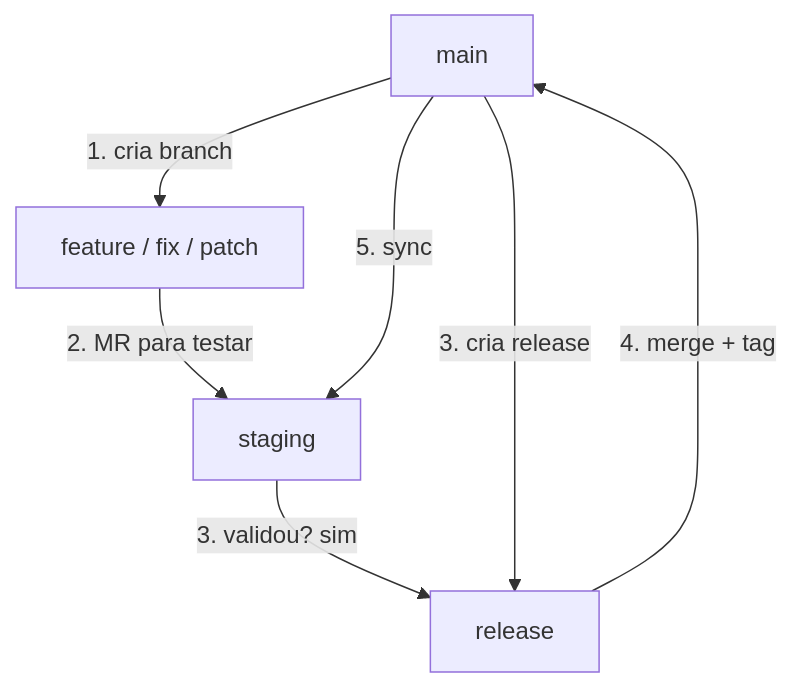
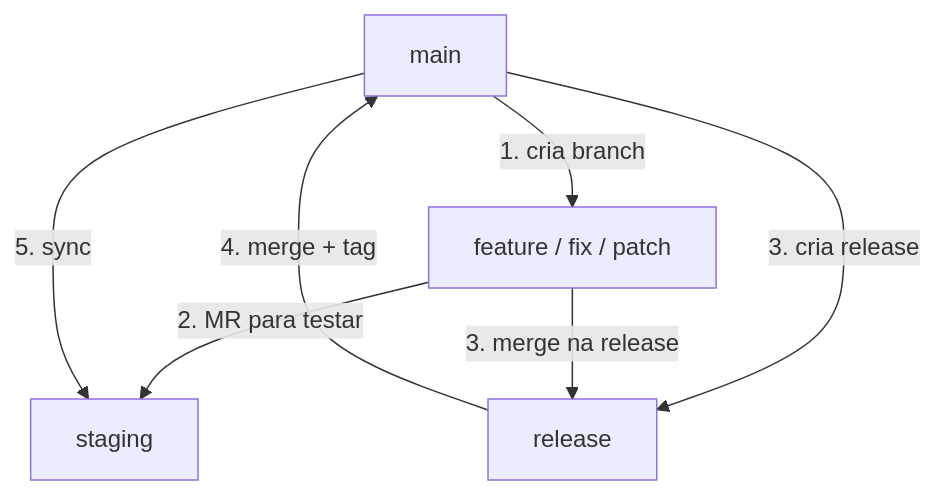
The diagram in docs/git/git-flow-branches.md (labcity-ufpa/Workshop-Git-Docker), drawn with Mermaid before and after one commit. The commit also changed 2 other files, not shown here.

Commit message:
fix: update Git Flow documentation for clarity on release process and branch merging

````diff
--- a/docs/git/git-flow-branches.md
+++ b/docs/git/git-flow-branches.md
@@ -7,9 +7,9 @@
 ```mermaid
 flowchart TD
     M[main] -->|1. cria branch| F[feature / fix / patch]
     F -->|2. MR para testar| S[staging]
-    S -->|3. validou? sim| R[release]
-    M -->|3. cria release| R
+    M -->|3. cria release| R[release]
+    F -->|3. merge na release| R
     R -->|4. merge + tag| M
     M -->|5. sync| S
 ```
````
